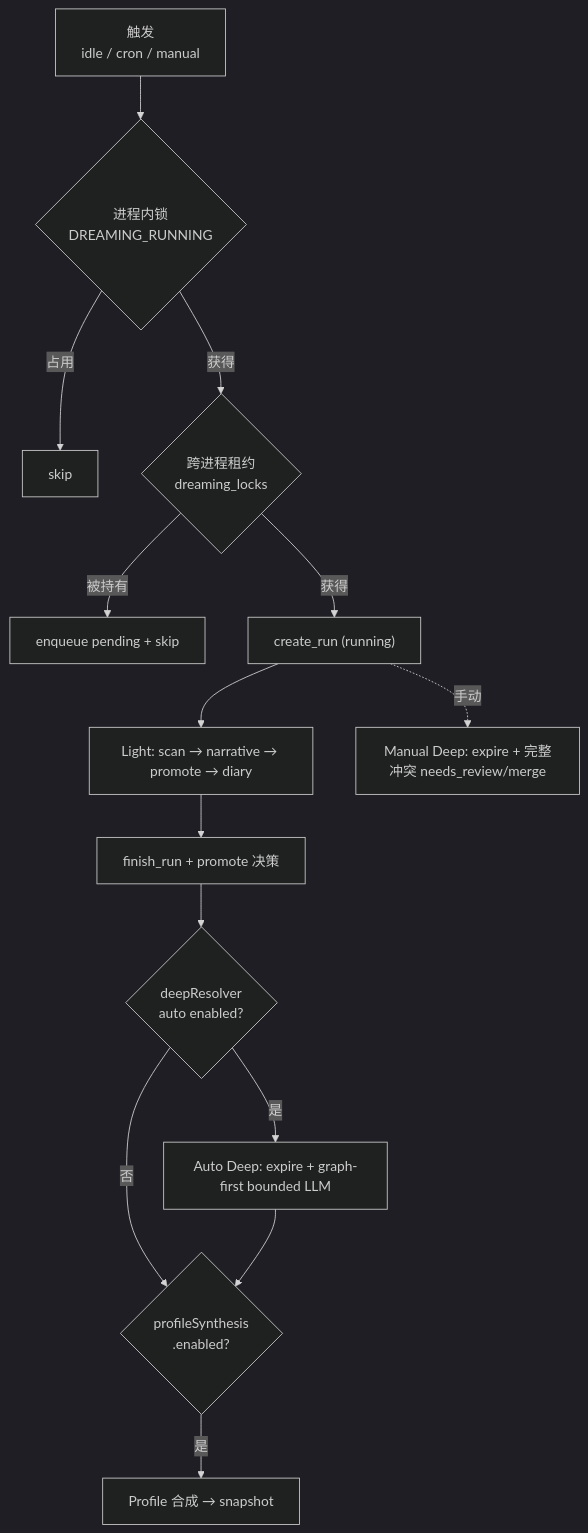
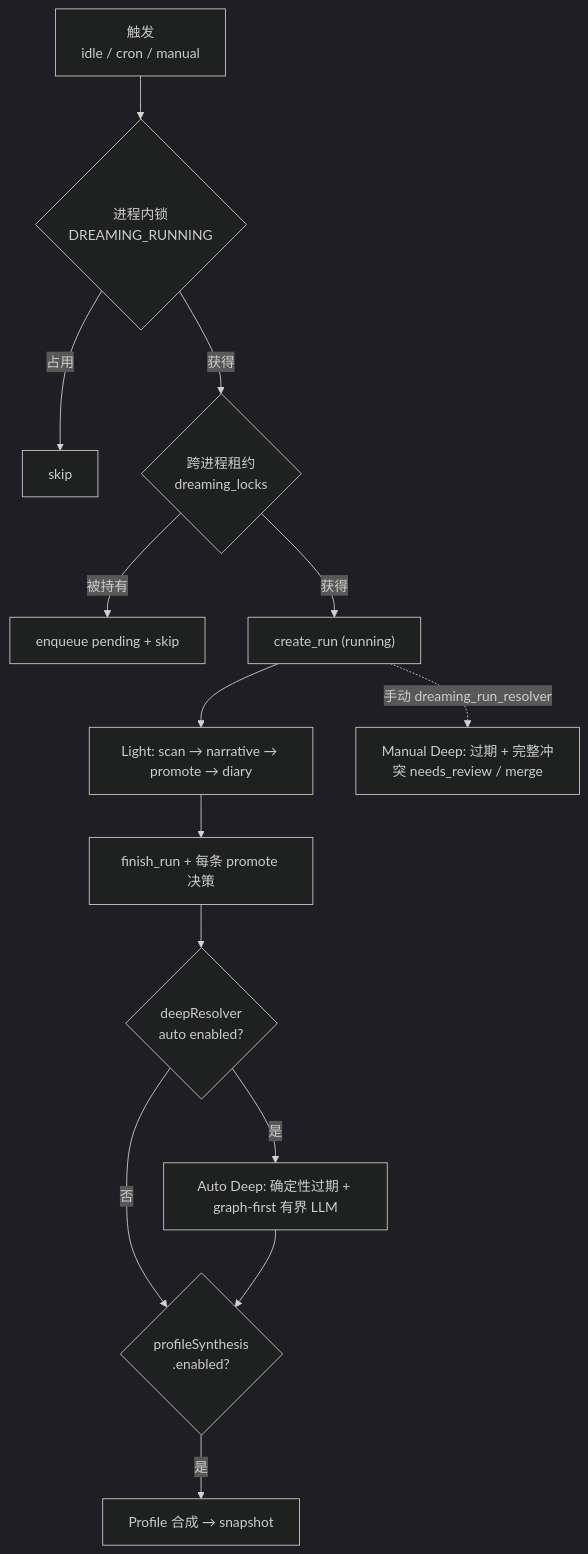
Before and after one commit to shiwenwen/hope-agent: the fourth of 5 diagrams in docs/architecture/dreaming.md, drawn with Mermaid (dark theme). The commit also changed other lines of this file and 12 other files, not shown here.

````diff
--- a/docs/architecture/dreaming.md
+++ b/docs/architecture/dreaming.md
@@ -151,16 +232,16 @@
 ```mermaid
-graph TD
+flowchart TD
     T["触发<br/>idle / cron / manual"] --> A1{"进程内锁<br/>DREAMING_RUNNING"}
-    A1 -->|占用| SK[skip]
+    A1 -->|占用| SK["skip"]
     A1 -->|获得| A2{"跨进程租约<br/>dreaming_locks"}
     A2 -->|被持有| PQ["enqueue pending + skip"]
     A2 -->|获得| R["create_run (running)"]
     R --> L["Light: scan → narrative → promote → diary"]
-    L --> F["finish_run + promote 决策"]
+    L --> F["finish_run + 每条 promote 决策"]
     F --> AD{"deepResolver<br/>auto enabled?"}
-    AD -->|是| DS["Auto Deep: expire + graph-first bounded LLM"]
+    AD -->|是| DS["Auto Deep: 确定性过期 + graph-first 有界 LLM"]
     AD -->|否| P{"profileSynthesis<br/>.enabled?"}
     DS --> P
     P -->|是| PF["Profile 合成 → snapshot"]
-    R -.手动.-> D["Manual Deep: expire + 完整冲突 needs_review/merge"]
+    R -.手动 dreaming_run_resolver.-> D["Manual Deep: 过期 + 完整冲突 needs_review / merge"]
 ```
````
